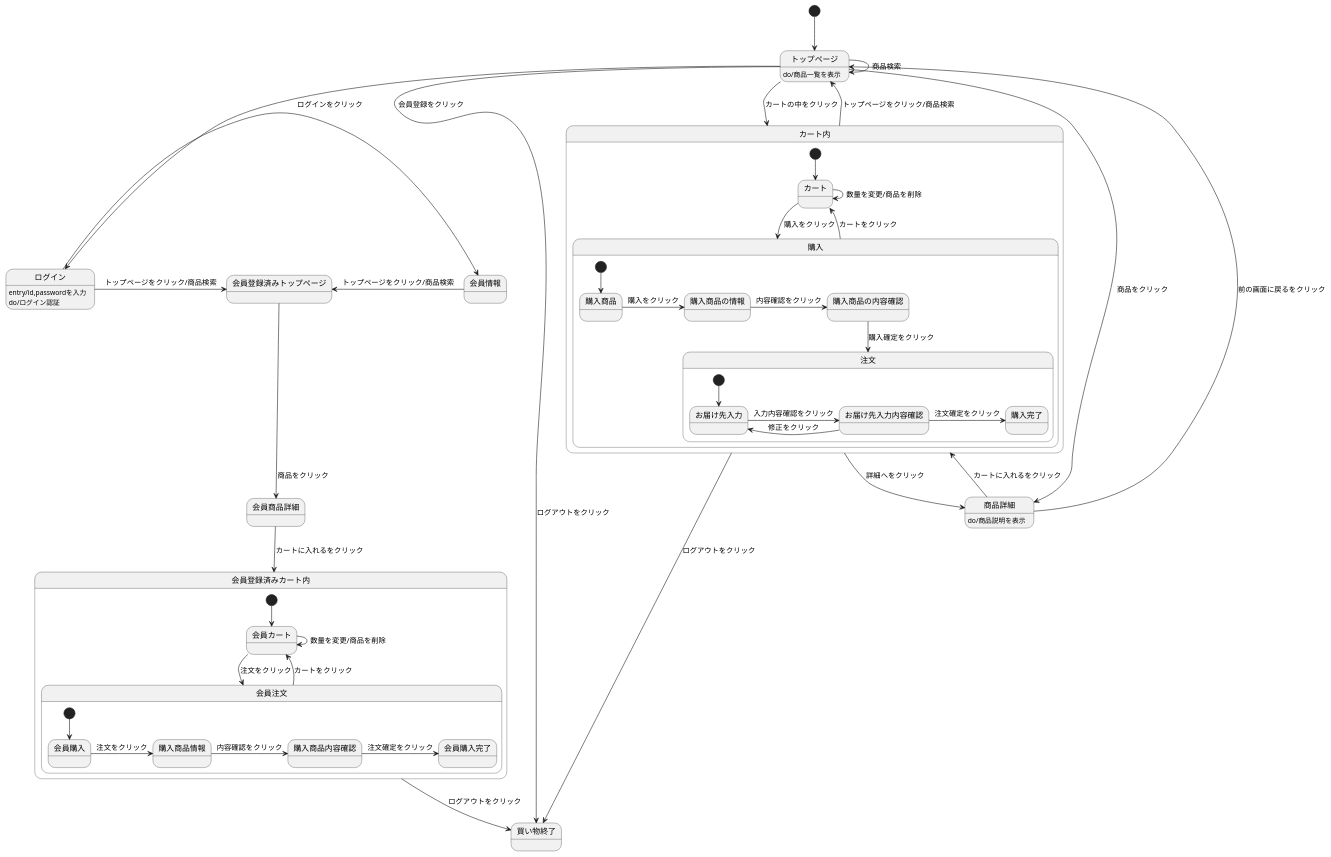
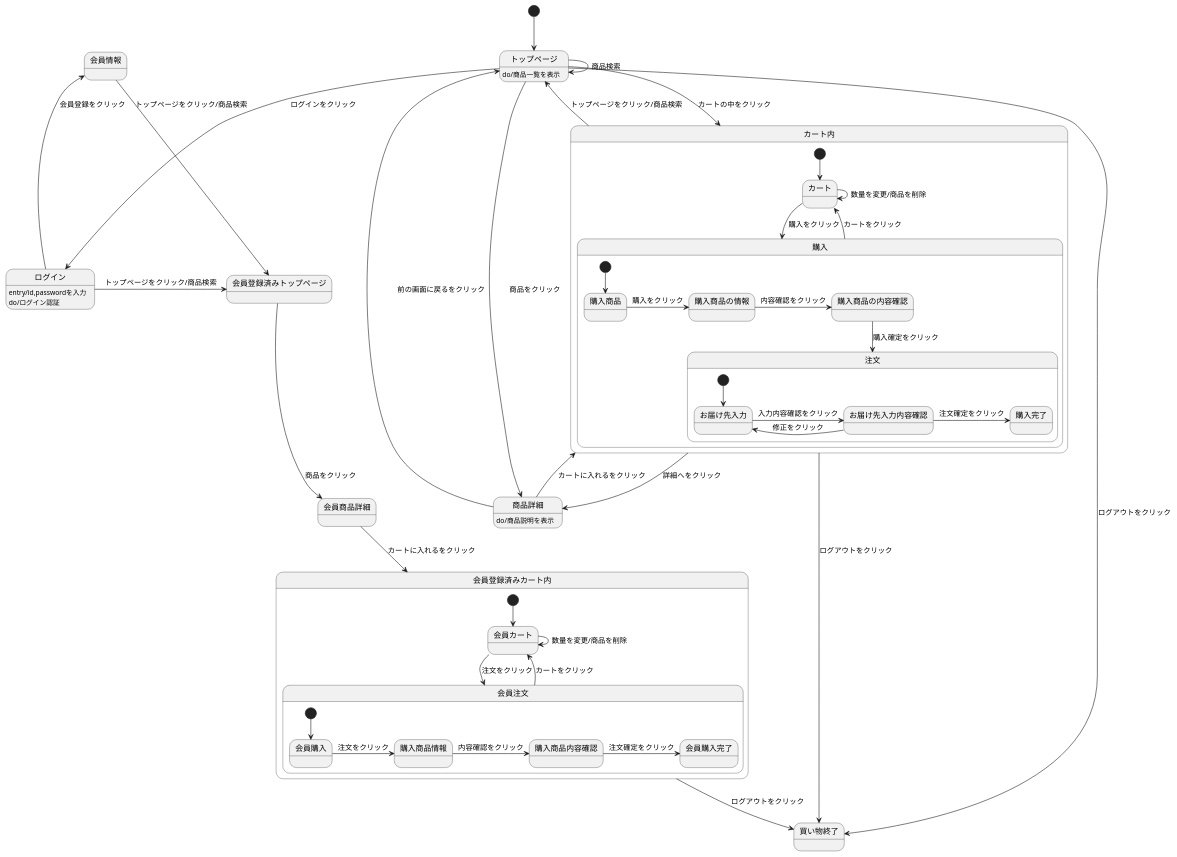
One commit to Aso2001140/2012sys-design changed the diagram in create 12.md. Above: the diagram before and after it, drawn with PlantUML.

Commit message:
Create create 12.md

````diff
--- a/create 12.md
+++ b/create 12.md
@@ -1,57 +1,57 @@
 ```uml
 @startuml
 [*] --> トップページ
-会員情報 -left-> 会員登録済みトップページ : トップページをクリック/商品検索
+会員情報 -down-> 会員登録済みトップページ : トップページをクリック/商品検索
 会員登録済みトップページ -down-> 会員商品詳細 : 商品をクリック
 会員商品詳細 -down-> 会員登録済みカート内 : カートに入れるをクリック
 ログイン -> 会員登録済みトップページ : トップページをクリック/商品検索
 ログイン : entry/id,passwordを入力
 ログイン : do/ログイン認証
 トップページ -down-> 買い物終了 : ログアウトをクリック
 トップページ -> トップページ : 商品検索
 トップページ -left-> 商品詳細 : 商品をクリック
 ログイン -left-> 会員情報 : 会員登録をクリック
 トップページ -down-> ログイン : ログインをクリック
 トップページ -down-> カート内 : カートの中をクリック
 トップページ : do/商品一覧を表示
 商品詳細 -down-> カート内 : カートに入れるをクリック
 商品詳細 --> トップページ : 前の画面に戻るをクリック
 商品詳細 : do/商品説明を表示
 カート内 -up-> トップページ : トップページをクリック/商品検索
 カート内 -down-> 買い物終了 : ログアウトをクリック
 会員登録済みカート内 -down-> 買い物終了 : ログアウトをクリック
 カート内 -> 商品詳細 : 詳細へをクリック
 
 
 state カート内{
 [*] --> カート
 カート -down-> 購入 : 購入をクリック
 カート -> カート : 数量を変更/商品を削除
 購入 --> カート : カートをクリック
 state 購入{
 [*] --> 購入商品
 購入商品 -> 購入商品の情報 : 購入をクリック
 購入商品の情報 -> 購入商品の内容確認 : 内容確認をクリック
 購入商品の内容確認 -down-> 注文 : 購入確定をクリック
 state 注文{
 [*] --> お届け先入力
 お届け先入力 -> お届け先入力内容確認 : 入力内容確認をクリック
 お届け先入力内容確認 -> お届け先入力 : 修正をクリック
 お届け先入力内容確認 -> 購入完了 : 注文確定をクリック
 }
 }
 }
 state 会員登録済みカート内{
 [*] --> 会員カート
 会員カート -> 会員注文 : 注文をクリック
 会員カート -> 会員カート : 数量を変更/商品を削除
 会員注文 --> 会員カート : カートをクリック
 state 会員注文{
 [*] --> 会員購入
 会員購入 -> 購入商品情報 : 注文をクリック
 購入商品情報 -> 購入商品内容確認 : 内容確認をクリック
 購入商品内容確認 -> 会員購入完了 : 注文確定をクリック
 }
 }
 @enduml
 ```
````
